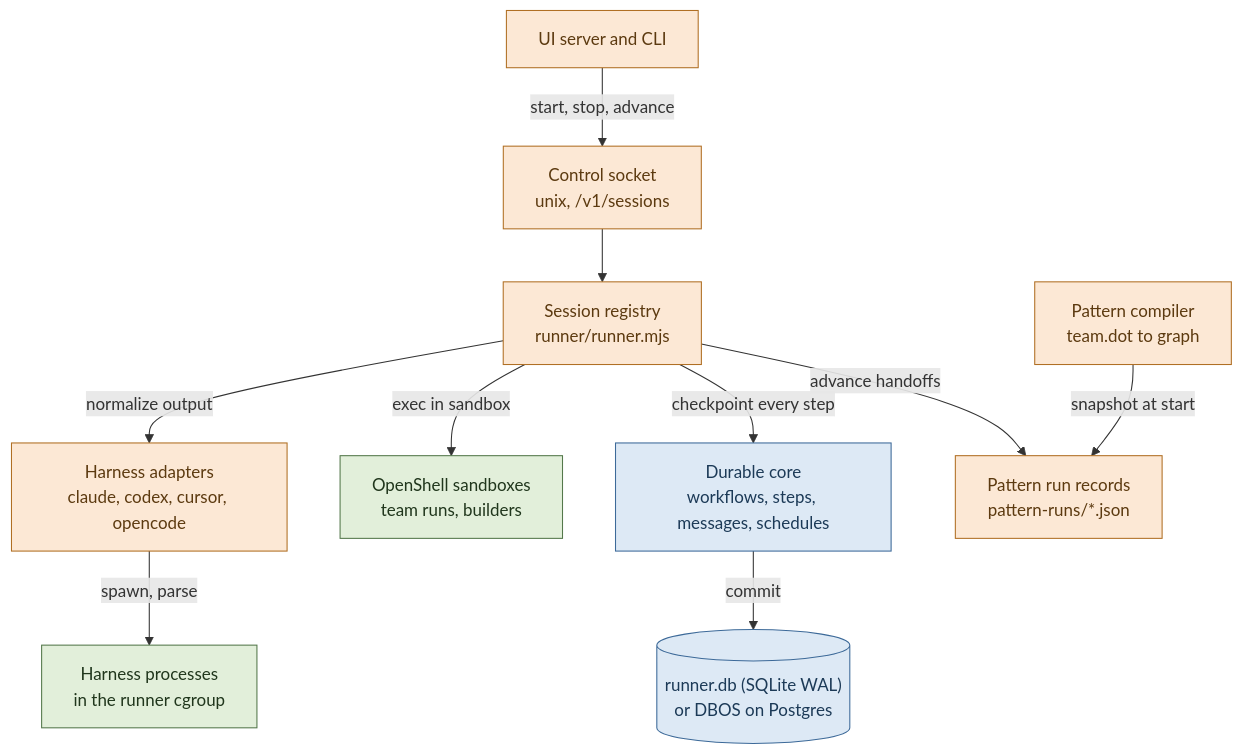
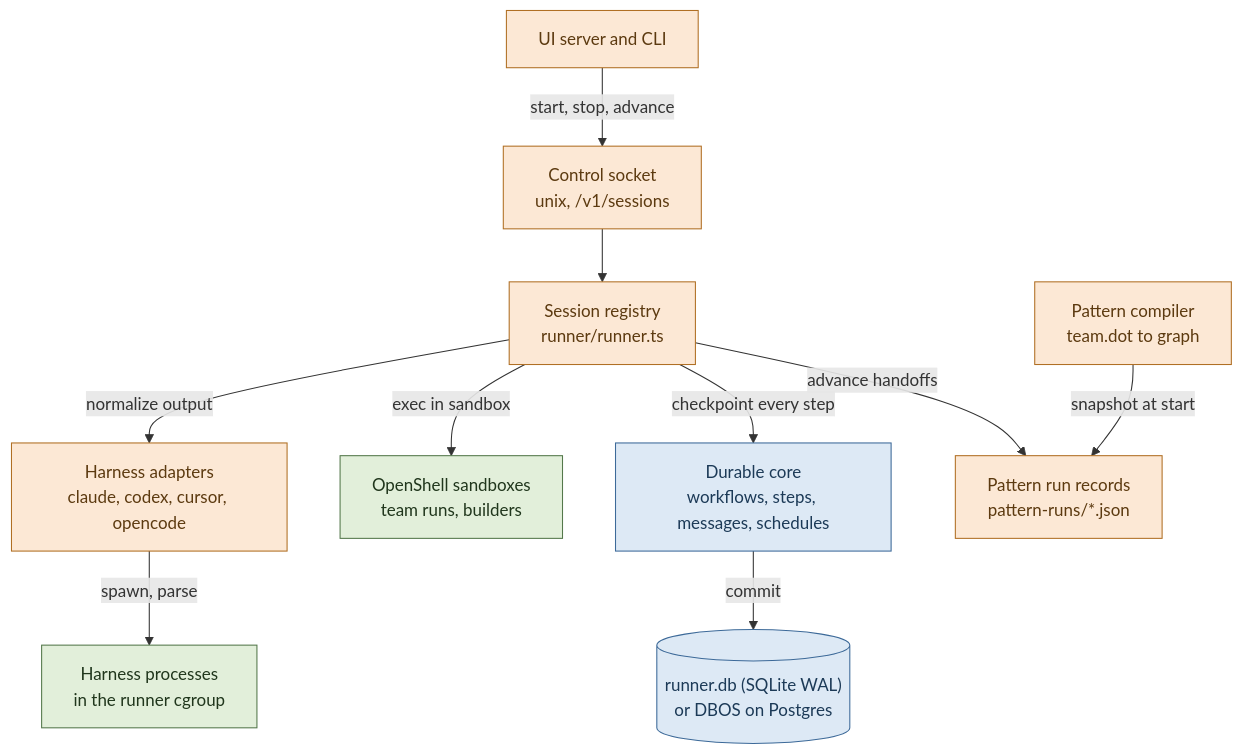
The third of 3 diagrams in docs/architecture-diagrams.md (bcmyguest/ai-collab), drawn with Mermaid before and after one commit. The commit also changed 21 other files, not shown here.

````diff
--- a/docs/architecture-diagrams.md
+++ b/docs/architecture-diagrams.md
@@ -107,38 +107,38 @@
 ```mermaid
 flowchart TD
   classDef shelf fill:#e2efda,stroke:#54784b,color:#20361c
   classDef hybrid fill:#dde9f5,stroke:#3d6a99,color:#1c3a57
   classDef own fill:#fce8d5,stroke:#b06f24,color:#5c3a10
 
   callers["UI server and CLI"]
   ctl["Control socket<br/>unix, /v1/sessions"]
-  reg["Session registry<br/>runner/runner.mjs"]
+  reg["Session registry<br/>runner/runner.ts"]
   ad["Harness adapters<br/>claude, codex, cursor, opencode"]
   proc["Harness processes<br/>in the runner cgroup"]
   shell["OpenShell sandboxes<br/>team runs, builders"]
   dur["Durable core<br/>workflows, steps, messages, schedules"]
   pat["Pattern compiler<br/>team.dot to graph"]
   runs["Pattern run records<br/>pattern-runs/*.json"]
   db[("runner.db (SQLite WAL)<br/>or DBOS on Postgres")]
 
   callers -- "start, stop, advance" --> ctl
   ctl --> reg
   reg -- "normalize output" --> ad
   ad -- "spawn, parse" --> proc
   reg -- "exec in sandbox" --> shell
   reg -- "checkpoint every step" --> dur
   pat -- "snapshot at start" --> runs
   reg -- "advance handoffs" --> runs
   dur -- "commit" --> db
 
   class proc shelf
   class shell shelf
   class db hybrid
   class dur hybrid
   class callers own
   class ctl own
   class reg own
   class ad own
   class pat own
   class runs own
 ```
````
